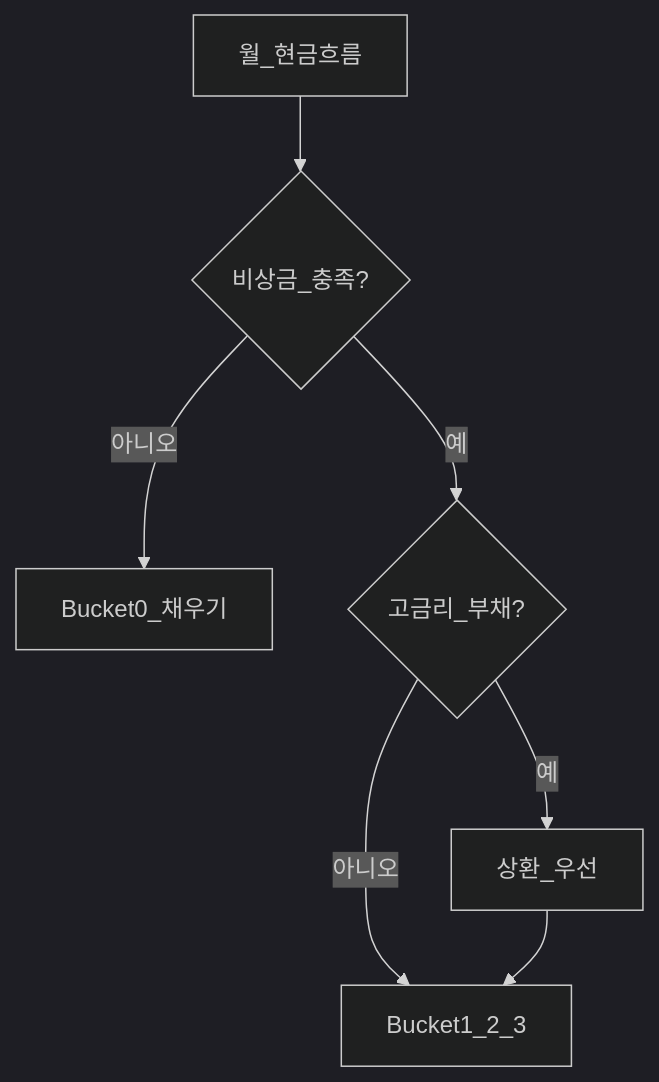
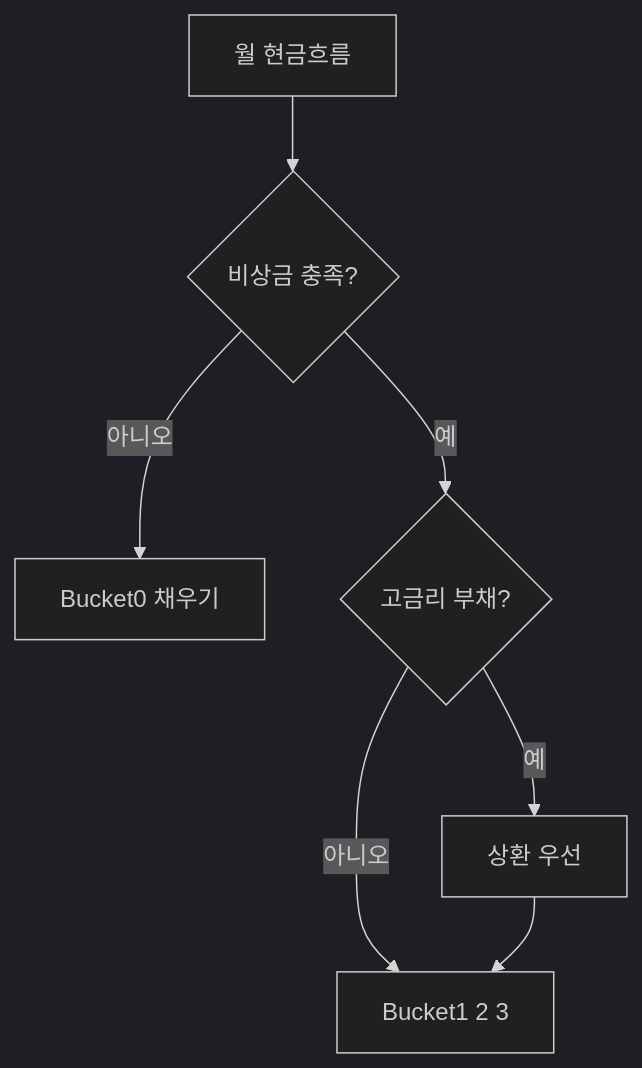
Before and after one commit to goldanghenry/Finances: the first of 3 diagrams in 01-foundations/debt-and-interest.md, drawn with Mermaid (dark theme). The commit also changed other lines of this file and 211 other files, not shown here.

````diff
--- a/01-foundations/debt-and-interest.md
+++ b/01-foundations/debt-and-interest.md
@@ -106,9 +114,9 @@
 ```mermaid
 flowchart TD
-  Start[월_현금흐름] --> EF{비상금_충족?}
-  EF -->|아니오| B0[Bucket0_채우기]
-  EF -->|예| Debt{고금리_부채?}
-  Debt -->|예| Pay[상환_우선]
-  Debt -->|아니오| B1[Bucket1_2_3]
+  Start["월 현금흐름"] --> EF{"비상금 충족?"}
+  EF -->|아니오| B0["Bucket0 채우기"]
+  EF -->|예| Debt{"고금리 부채?"}
+  Debt -->|예| Pay["상환 우선"]
+  Debt -->|아니오| B1["Bucket1 2 3"]
   Pay --> B1
 ```
````
